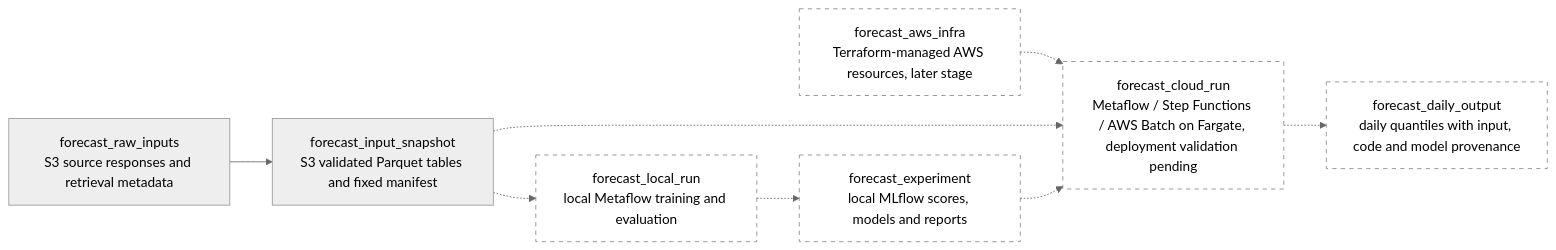
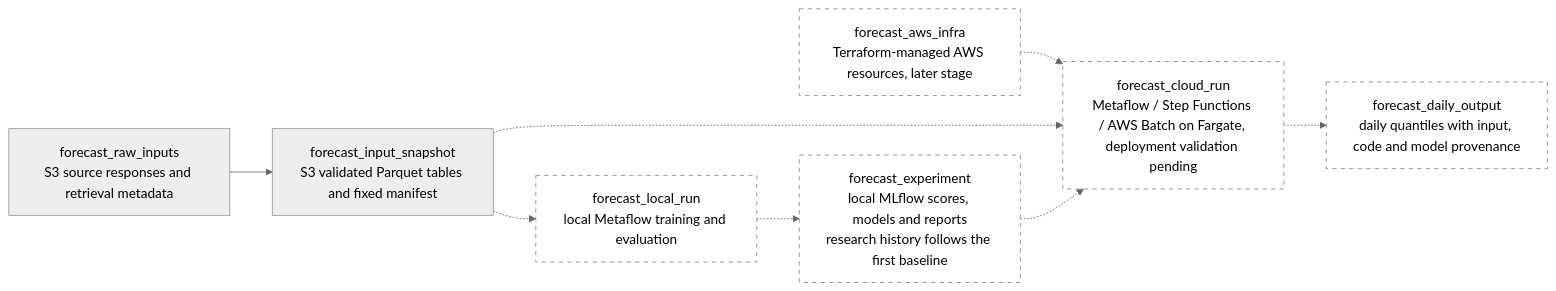
One commit to zoltanmaric/coppersushi changed the diagram in wiki/price-forecasting.md. Above: the diagram before and after it, drawn with Mermaid (neutral theme). The commit also changed 4 other files, not shown here.

First line of the commit message:
docs: define forecast research history (#107)

````diff
--- a/wiki/price-forecasting.md
+++ b/wiki/price-forecasting.md
@@ -17,22 +17,22 @@
 ```mermaid
 flowchart LR
     classDef planned stroke-dasharray: 5 5,stroke:#888,fill:none
 
     forecast_raw_inputs["forecast_raw_inputs<br/>S3 source responses and retrieval metadata"]
     forecast_input_snapshot["forecast_input_snapshot<br/>S3 validated Parquet tables and fixed manifest"]
     forecast_local_run["forecast_local_run<br/>local Metaflow training and evaluation"]:::planned
-    forecast_experiment["forecast_experiment<br/>local MLflow scores, models and reports"]:::planned
+    forecast_experiment["forecast_experiment<br/>local MLflow scores, models and reports<br/>research history follows the first baseline"]:::planned
 
     forecast_raw_inputs --> forecast_input_snapshot
     forecast_input_snapshot -.-> forecast_local_run
     forecast_local_run -.-> forecast_experiment
 
     forecast_aws_infra["forecast_aws_infra<br/>Terraform-managed AWS resources, later stage"]:::planned
     forecast_cloud_run["forecast_cloud_run<br/>Metaflow / Step Functions / AWS Batch on Fargate, deployment validation pending"]:::planned
     forecast_daily_output["forecast_daily_output<br/>daily quantiles with input, code and model provenance"]:::planned
 
     forecast_aws_infra -.-> forecast_cloud_run
     forecast_input_snapshot -.-> forecast_cloud_run
     forecast_experiment -.-> forecast_cloud_run
     forecast_cloud_run -.-> forecast_daily_output
 ```
````
